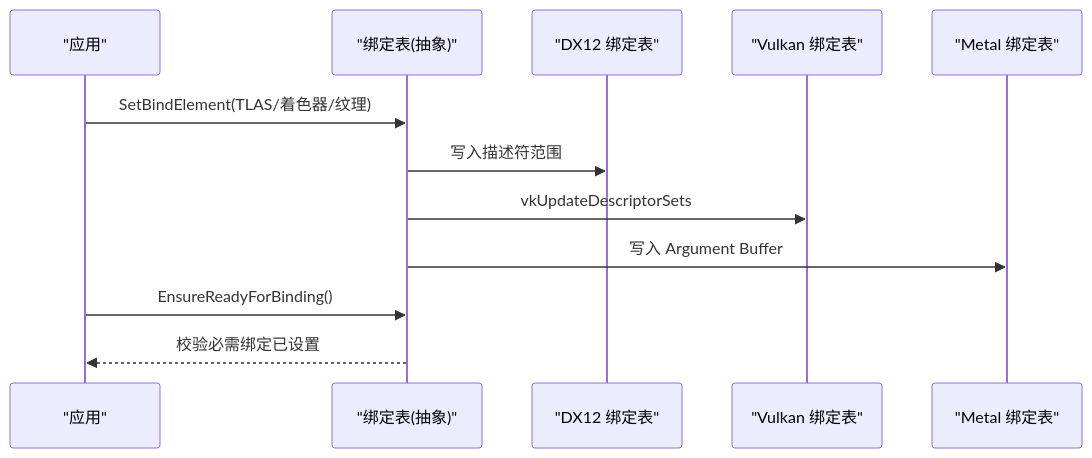
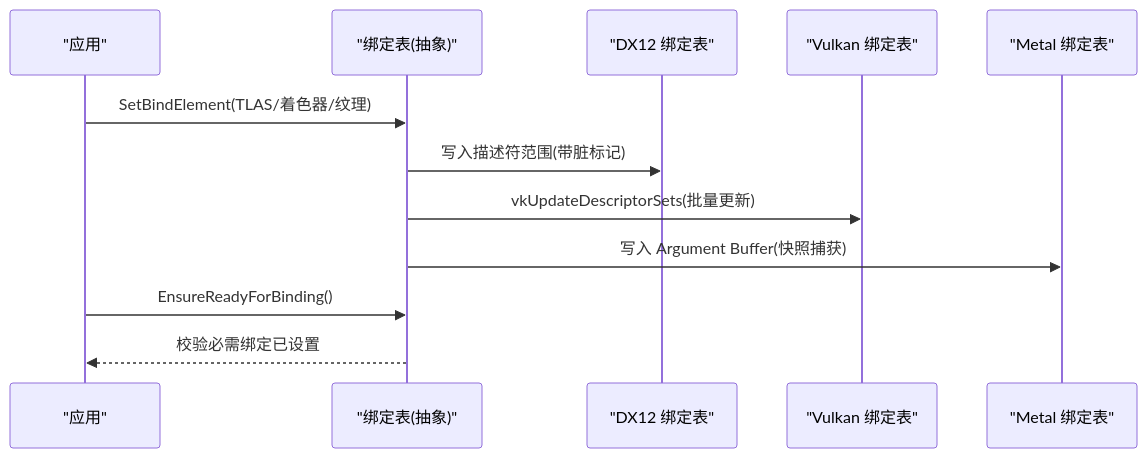
Before and after one commit to haolange/SharpGPU: the sixth of 8 diagrams in .qoder/repowiki/zh/content/高级特性/光线追踪/光线追踪.md, drawn with Mermaid. The commit also changed other lines of this file and 4 other files, not shown here.

````diff
--- a/.qoder/repowiki/zh/content/高级特性/光线追踪/光线追踪.md
+++ b/.qoder/repowiki/zh/content/高级特性/光线追踪/光线追踪.md
@@ -284,14 +301,14 @@
 ```mermaid
 sequenceDiagram
 participant App as "应用"
 participant BT as "绑定表(抽象)"
 participant DX as "DX12 绑定表"
 participant VK as "Vulkan 绑定表"
 participant MT as "Metal 绑定表"
 App->>BT : SetBindElement(TLAS/着色器/纹理)
-BT->>DX : 写入描述符范围
-BT->>VK : vkUpdateDescriptorSets
-BT->>MT : 写入 Argument Buffer
+BT->>DX : 写入描述符范围(带脏标记)
+BT->>VK : vkUpdateDescriptorSets(批量更新)
+BT->>MT : 写入 Argument Buffer(快照捕获)
 App->>BT : EnsureReadyForBinding()
 BT-->>App : 校验必需绑定已设置
 ```
````
